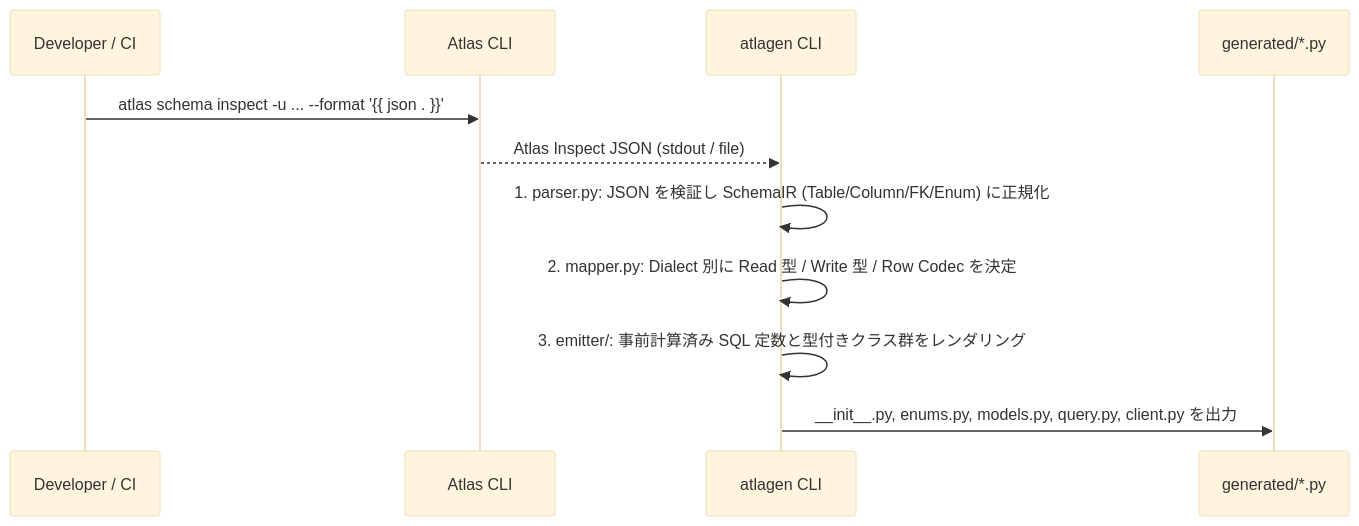
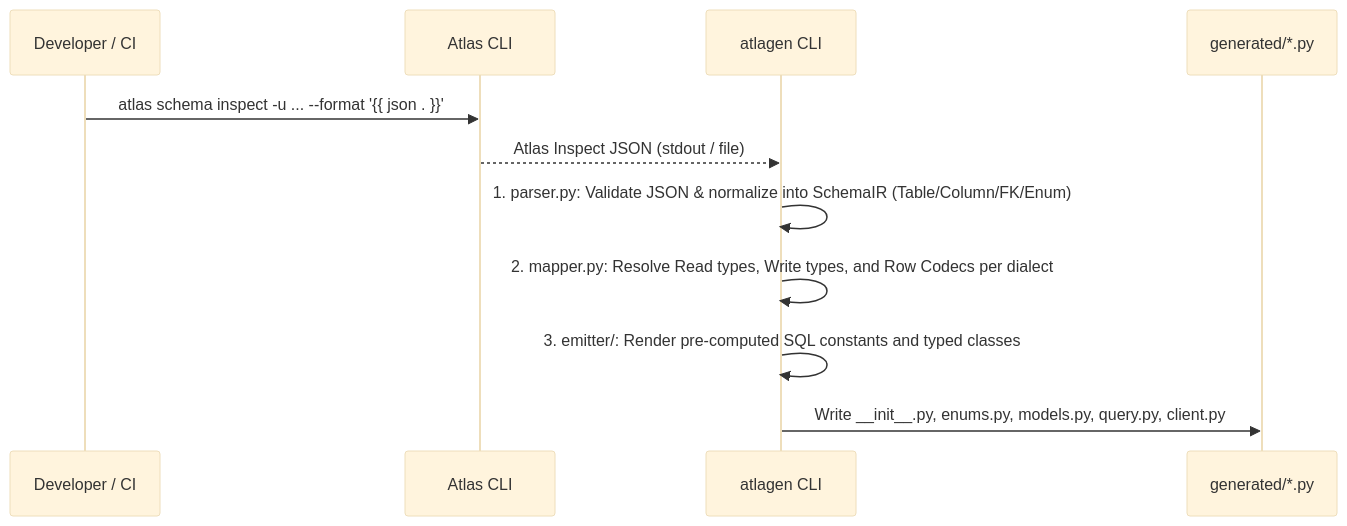
The first of 2 diagrams in docs/architecture.md (hirokazumiyaji/atla), drawn with Mermaid (base theme) before and after one commit. The commit also changed other lines of this file and 4 other files, not shown here.

````diff
--- a/docs/architecture.md
+++ b/docs/architecture.md
@@ -116,14 +116,14 @@
 ```mermaid
 sequenceDiagram
     participant Dev as Developer / CI
     participant Atlas as Atlas CLI
     participant Gen as atlagen CLI
     participant FS as generated/*.py
 
     Dev->>Atlas: atlas schema inspect -u ... --format '{{ json . }}'
     Atlas-->>Gen: Atlas Inspect JSON (stdout / file)
-    Gen->>Gen: 1. parser.py: JSON を検証し SchemaIR (Table/Column/FK/Enum) に正規化
-    Gen->>Gen: 2. mapper.py: Dialect 別に Read 型 / Write 型 / Row Codec を決定
-    Gen->>Gen: 3. emitter/: 事前計算済み SQL 定数と型付きクラス群をレンダリング
-    Gen->>FS: __init__.py, enums.py, models.py, query.py, client.py を出力
+    Gen->>Gen: 1. parser.py: Validate JSON & normalize into SchemaIR (Table/Column/FK/Enum)
+    Gen->>Gen: 2. mapper.py: Resolve Read types, Write types, and Row Codecs per dialect
+    Gen->>Gen: 3. emitter/: Render pre-computed SQL constants and typed classes
+    Gen->>FS: Write __init__.py, enums.py, models.py, query.py, client.py
 ```
````
